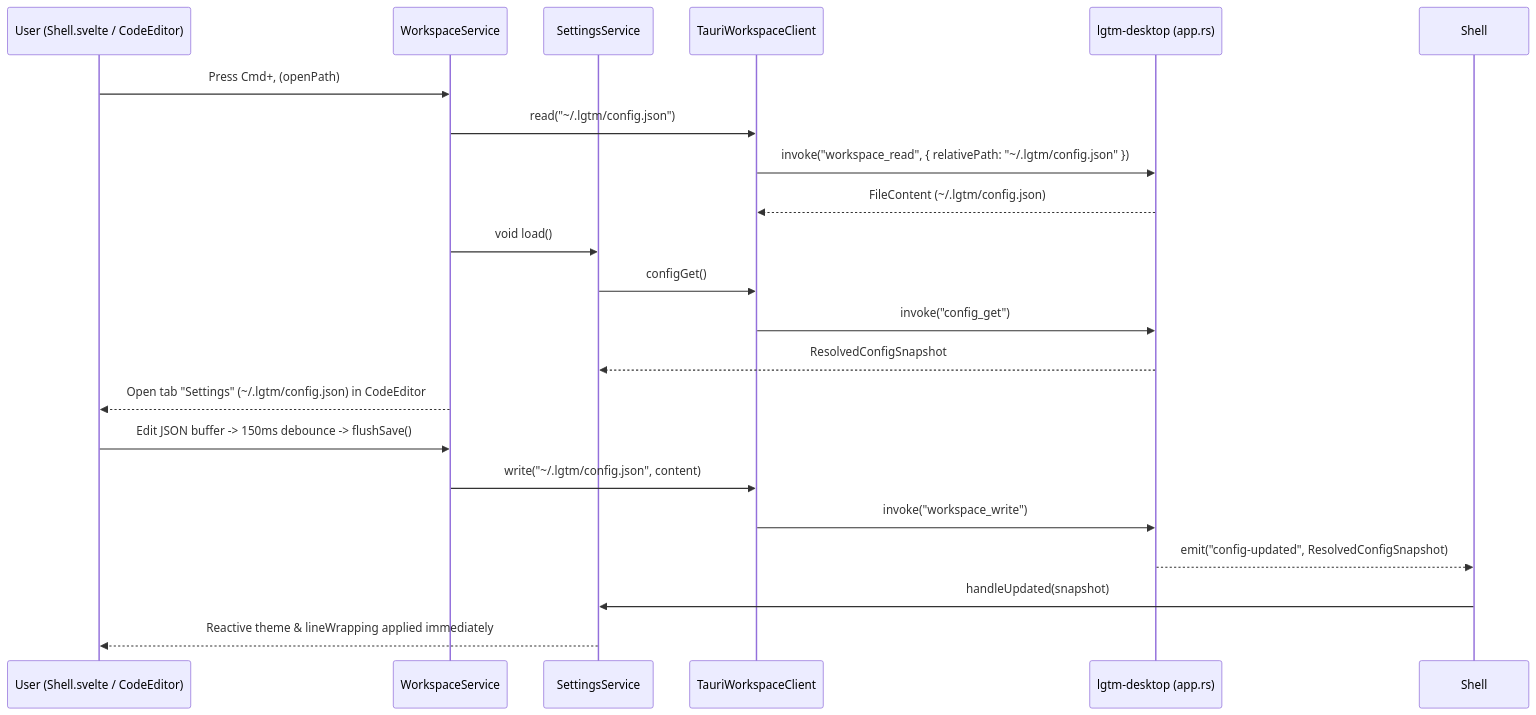
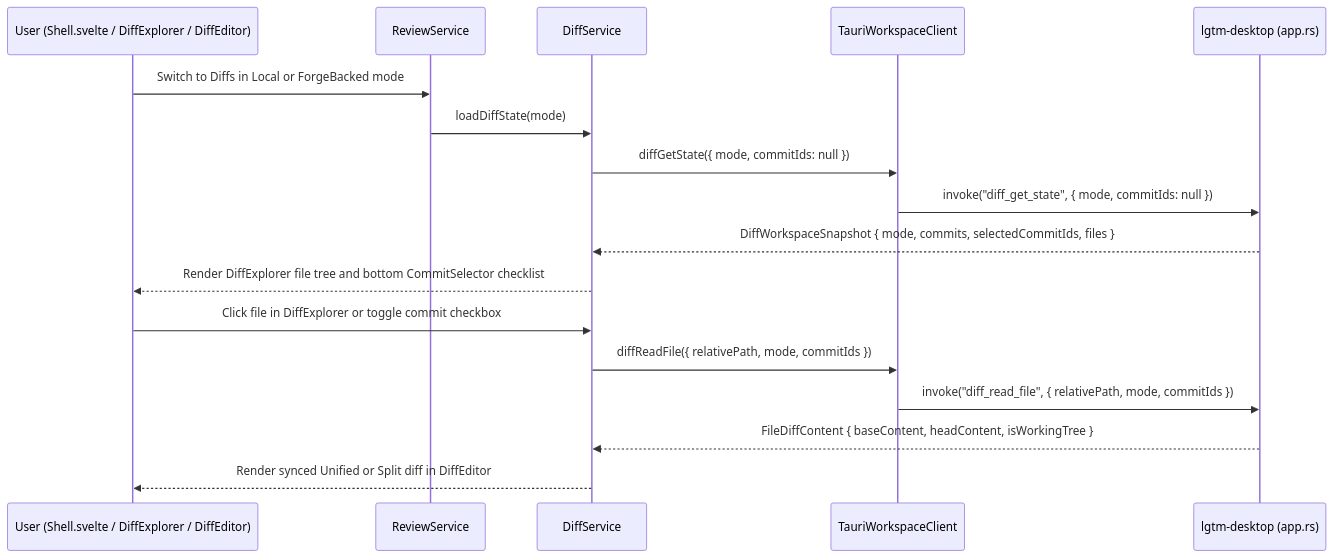
The second of 3 diagrams in docs/architecture/web/index.md (difflab-io/lgtm), drawn with Mermaid before and after one commit. The commit also changed other lines of this file and 45 other files, not shown here.

Commit message:
feat(desktop,web,ui): add CodeMirror diff viewer, collapsible diff explorer, and commit checklist

````diff
--- a/docs/architecture/web/index.md
+++ b/docs/architecture/web/index.md
@@ -84,25 +103,21 @@
 ```mermaid
 sequenceDiagram
-    participant User as User (Shell.svelte / CodeEditor)
-    participant WsSvc as WorkspaceService
-    participant SetSvc as SettingsService
+    participant User as User (Shell.svelte / DiffExplorer / DiffEditor)
+    participant RevSvc as ReviewService
+    participant DiffSvc as DiffService
     participant Client as TauriWorkspaceClient
     participant Host as lgtm-desktop (app.rs)
 
-    User->>WsSvc: Press Cmd+, (openPath)
-    WsSvc->>Client: read("~/.lgtm/config.json")
-    Client->>Host: invoke("workspace_read", { relativePath: "~/.lgtm/config.json" })
-    Host-->>Client: FileContent (~/.lgtm/config.json)
-    WsSvc->>SetSvc: void load()
-    SetSvc->>Client: configGet()
-    Client->>Host: invoke("config_get")
-    Host-->>SetSvc: ResolvedConfigSnapshot
-    WsSvc-->>User: Open tab "Settings" (~/.lgtm/config.json) in CodeEditor
+    User->>RevSvc: Switch to Diffs in Local or ForgeBacked mode
+    RevSvc->>DiffSvc: loadDiffState(mode)
+    DiffSvc->>Client: diffGetState({ mode, commitIds: null })
+    Client->>Host: invoke("diff_get_state", { mode, commitIds: null })
+    Host-->>DiffSvc: DiffWorkspaceSnapshot { mode, commits, selectedCommitIds, files }
+    DiffSvc-->>User: Render DiffExplorer file tree and bottom CommitSelector checklist
 
-    User->>WsSvc: Edit JSON buffer -> 150ms debounce -> flushSave()
-    WsSvc->>Client: write("~/.lgtm/config.json", content)
-    Client->>Host: invoke("workspace_write")
-    Host-->>Shell: emit("config-updated", ResolvedConfigSnapshot)
-    Shell->>SetSvc: handleUpdated(snapshot)
-    SetSvc-->>User: Reactive theme & lineWrapping applied immediately
+    User->>DiffSvc: Click file in DiffExplorer or toggle commit checkbox
+    DiffSvc->>Client: diffReadFile({ relativePath, mode, commitIds })
+    Client->>Host: invoke("diff_read_file", { relativePath, mode, commitIds })
+    Host-->>DiffSvc: FileDiffContent { baseContent, headContent, isWorkingTree }
+    DiffSvc-->>User: Render synced Unified or Split diff in DiffEditor
 ```
````
